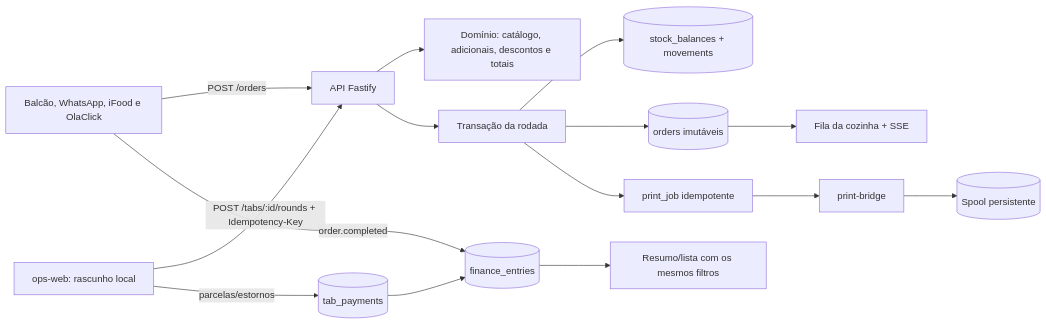
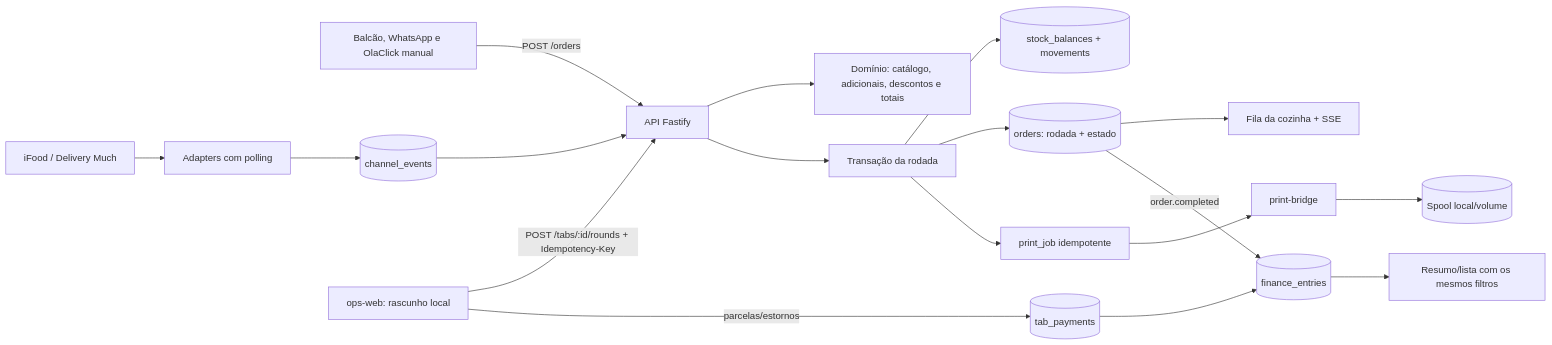
The diagram in docs/arquitetura-do-sistema.md (millennium42/camoburguer-demo), drawn with Mermaid before and after one commit. The commit also changed other lines of this file and 51 other files, not shown here.

````diff
--- a/docs/arquitetura-do-sistema.md
+++ b/docs/arquitetura-do-sistema.md
@@ -38,17 +38,20 @@
 ```mermaid
 flowchart LR
-  EXTERNAL["Balcão, WhatsApp, iFood e OlaClick"] -->|"POST /orders"| API["API Fastify"]
+  MANUAL["Balcão, WhatsApp e OlaClick manual"] -->|"POST /orders"| API["API Fastify"]
+  CHANNELS["iFood / Delivery Much"] --> ADAPTERS["Adapters com polling"]
+  ADAPTERS --> EVENTS[("channel_events")]
+  EVENTS --> API
   UI["ops-web: rascunho local"] -->|"POST /tabs/:id/rounds + Idempotency-Key"| API
   API --> DOMAIN["Domínio: catálogo, adicionais, descontos e totais"]
   API --> TX["Transação da rodada"]
   TX --> STOCK[("stock_balances + movements")]
-  TX --> ORDERS[("orders imutáveis")]
+  TX --> ORDERS[("orders: rodada + estado")]
   TX --> JOB["print_job idempotente"]
   ORDERS --> KITCHEN["Fila da cozinha + SSE"]
   JOB --> BRIDGE["print-bridge"]
-  BRIDGE --> SPOOL[("Spool persistente")]
+  BRIDGE --> SPOOL[("Spool local/volume")]
   UI -->|"parcelas/estornos"| PAYMENTS[("tab_payments")]
   PAYMENTS --> FINANCE[("finance_entries")]
-  EXTERNAL -->|"order.completed"| FINANCE
+  ORDERS -->|"order.completed"| FINANCE
   FINANCE --> SUMMARY["Resumo/lista com os mesmos filtros"]
 ```
````
